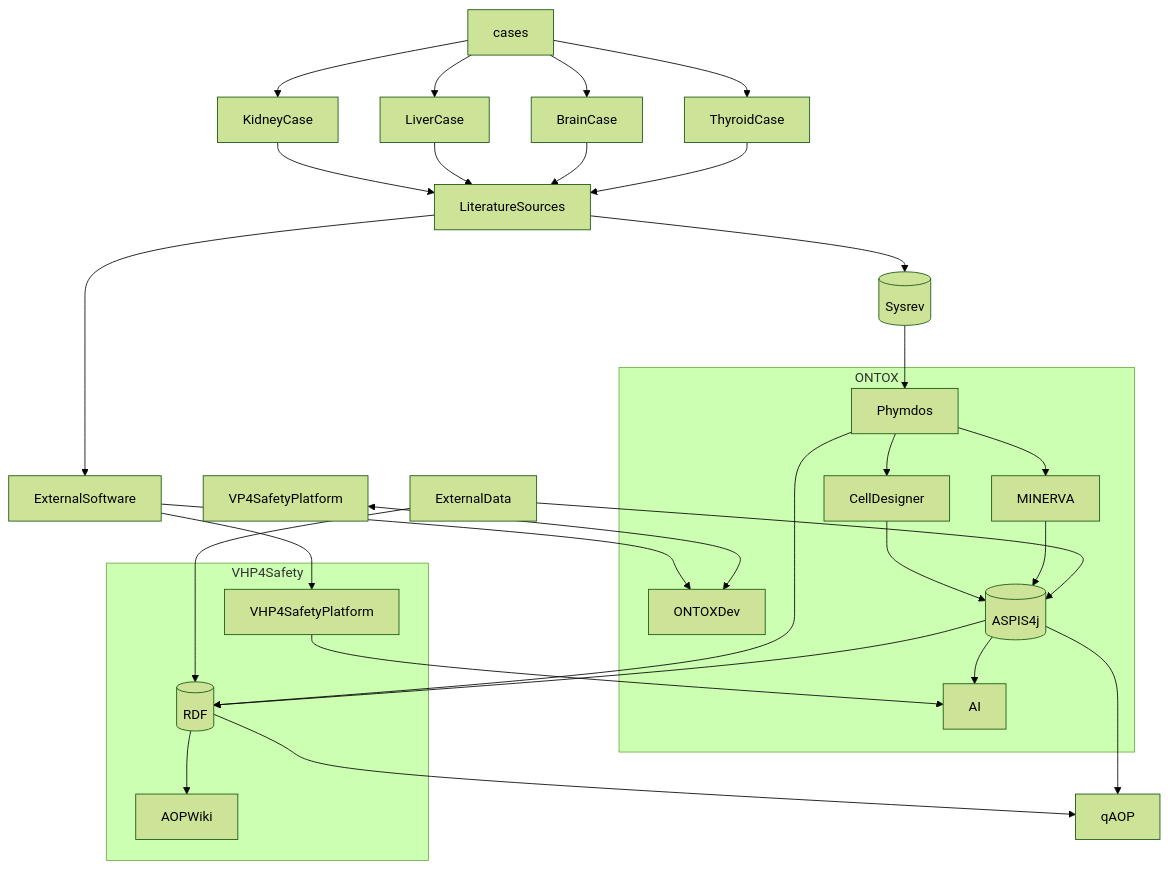
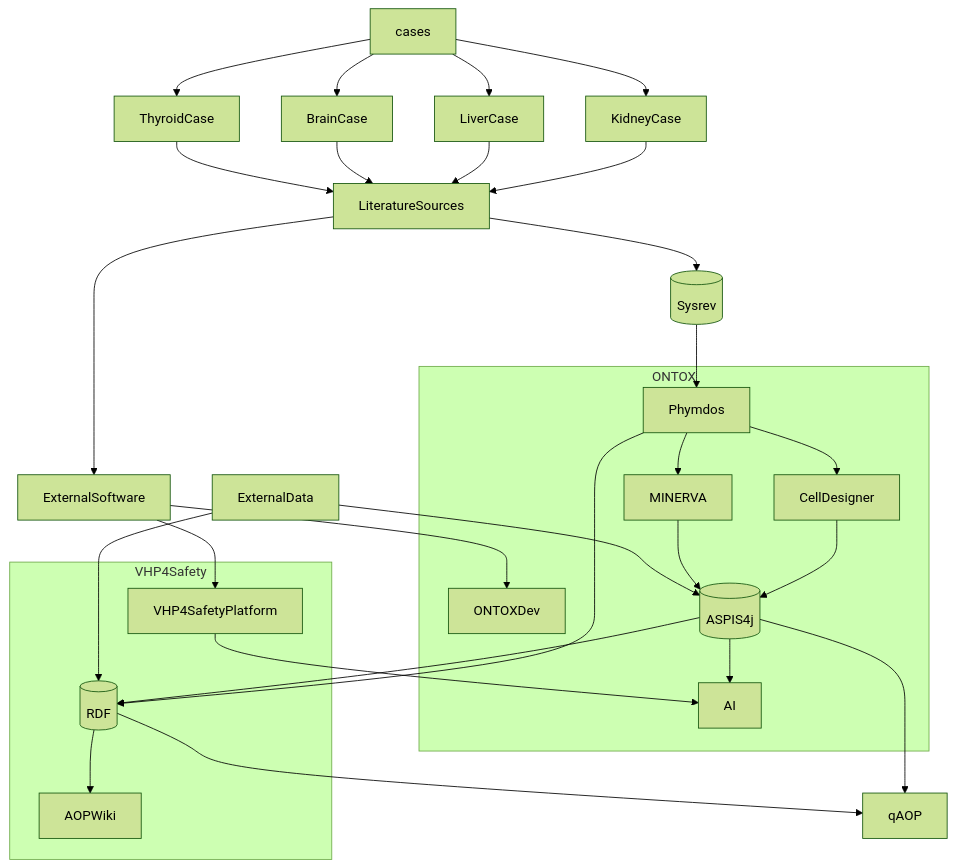
Before and after one commit to ontox-hu/workflows: the diagram in ONTOX-vs-VHP4Safety.md, drawn with Mermaid (forest theme).

````diff
--- a/ONTOX-vs-VHP4Safety.md
+++ b/ONTOX-vs-VHP4Safety.md
@@ -1,47 +1,46 @@
 ```mermaid
 flowchart TB
 
     cases-->KidneyCase
     cases-->LiverCase
     cases-->BrainCase
     cases-->ThyroidCase
      
     KidneyCase-->LiteratureSources
     LiverCase-->LiteratureSources
     BrainCase-->LiteratureSources
     ThyroidCase-->LiteratureSources
     LiteratureSources-->Sysrev[(Sysrev)]
     Sysrev[(Sysrev)]-->Phymdos
     
     subgraph ONTOX
     ONTOXDev
     Phymdos-->MINERVA
     Phymdos-->CellDesigner
     
     CellDesigner-->ASPIS4j[(ASPIS4j)]
     MINERVA-->ASPIS4j[(ASPIS4j)]
     ASPIS4j[(ASPIS4j)]-->AI
     
     end
     
     subgraph VHP4Safety
     Phymdos-->RDF[(RDF)]
     RDF[(RDF)]-->AOPWiki
     
     VHP4SafetyPlatform
     VHP4SafetyPlatform-->AI
     end
     
     LiteratureSources-->ExternalSoftware
     ExternalSoftware-->VHP4SafetyPlatform
     ExternalSoftware-->ONTOXDev
-    VP4SafetyPlatform<-->ONTOXDev
     ExternalData-->ASPIS4j[(ASPIS4j)]
     RDF[(RDF)]-->qAOP
     ASPIS4j[(ASPIS4j)]-->qAOP
     ASPIS4j[(ASPIS4j)]-->RDF[(RDF)]
     ExternalData-->RDF[(RDF)]
     
     
     
 ```
````
